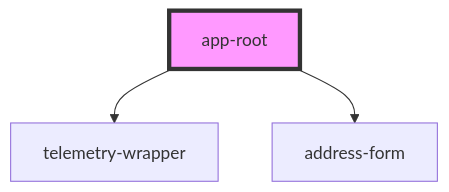
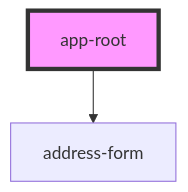
Before and after one commit to jimbono/stencil-form-telemetry: the diagram in src/components/app-root/readme.md, drawn with Mermaid. The commit also changed other lines of this file and 13 other files, not shown here.

````diff
--- a/src/components/app-root/readme.md
+++ b/src/components/app-root/readme.md
@@ -16,6 +15,5 @@
 ```mermaid
 graph TD;
-  app-root --> telemetry-wrapper
   app-root --> address-form
   style app-root fill:#f9f,stroke:#333,stroke-width:4px
 ```
````
